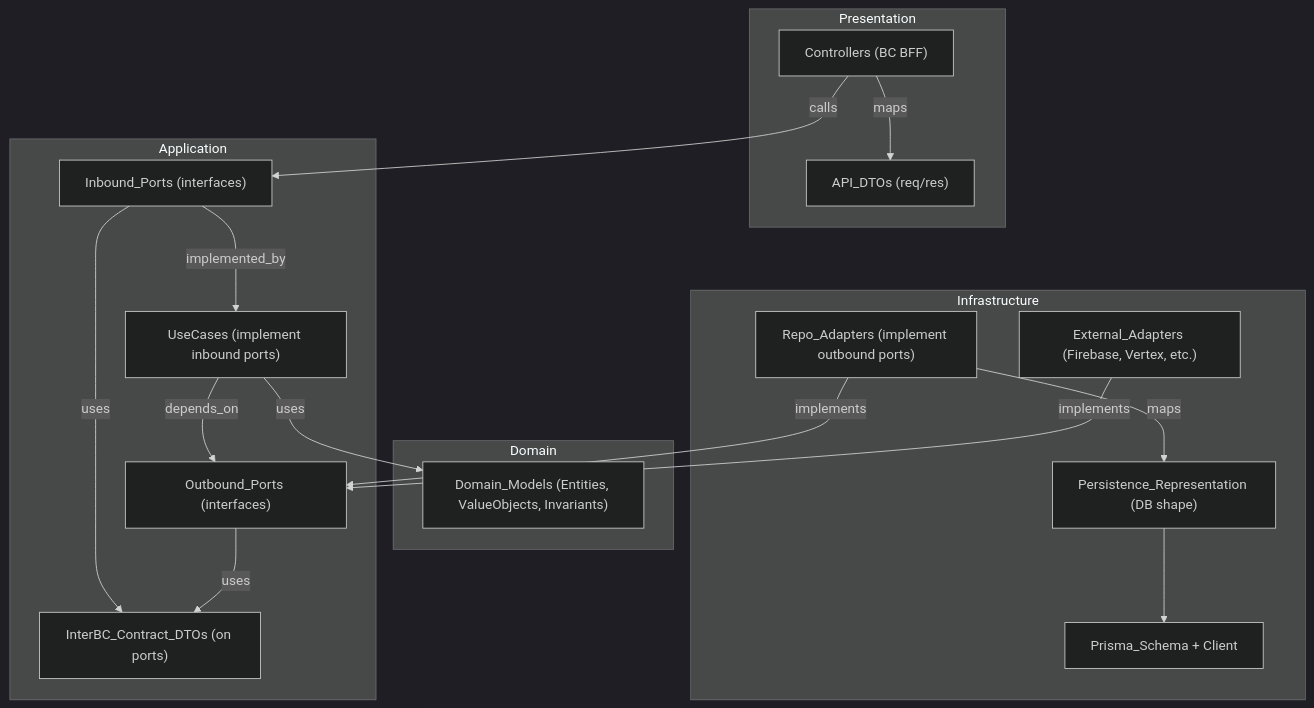
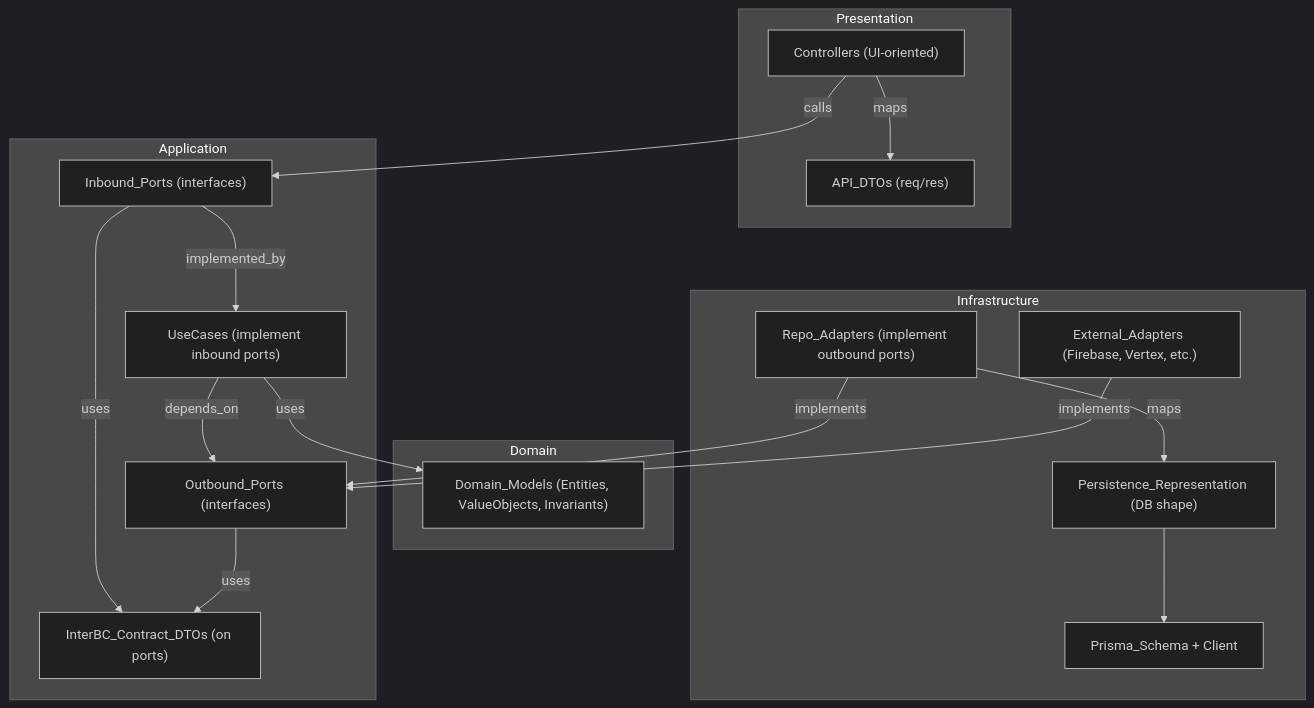
Before and after one commit to accendumV/jobarium: the diagram in Plan Pro/02_architecture/backend_architecture.md, drawn with Mermaid (dark theme). The commit also changed other lines of this file and 2 other files, not shown here.

````diff
--- a/Plan Pro/02_architecture/backend_architecture.md
+++ b/Plan Pro/02_architecture/backend_architecture.md
@@ -120,41 +128,41 @@
 ```mermaid
 flowchart TB
   subgraph PresentationLayer[Presentation]
-    Controllers["Controllers (BC BFF)"]
+    Controllers["Controllers (UI-oriented)"]
     ApiDtos["API_DTOs (req/res)"]
   end
 
   subgraph ApplicationLayer[Application]
     InboundPorts["Inbound_Ports (interfaces)"]
     UseCases["UseCases (implement inbound ports)"]
     OutboundPorts["Outbound_Ports (interfaces)"]
     ContractDtos["InterBC_Contract_DTOs (on ports)"]
   end
 
   subgraph DomainLayer[Domain]
     DomainModels["Domain_Models (Entities, ValueObjects, Invariants)"]
   end
 
   subgraph InfrastructureLayer[Infrastructure]
     PrismaSchema["Prisma_Schema + Client"]
     PersistenceMap["Persistence_Representation (DB shape)"]
     RepoAdapters["Repo_Adapters (implement outbound ports)"]
     ExternalAdapters["External_Adapters (Firebase, Vertex, etc.)"]
   end
 
   Controllers -->|"calls"| InboundPorts
   InboundPorts -->|"implemented_by"| UseCases
   Controllers -->|"maps"| ApiDtos
 
   UseCases -->|"uses"| DomainModels
   UseCases -->|"depends_on"| OutboundPorts
 
   RepoAdapters -->|"implements"| OutboundPorts
   ExternalAdapters -->|"implements"| OutboundPorts
 
   RepoAdapters -->|"maps"| PersistenceMap
   PersistenceMap --> PrismaSchema
 
   InboundPorts -->|"uses"| ContractDtos
   OutboundPorts -->|"uses"| ContractDtos
 ```
````
